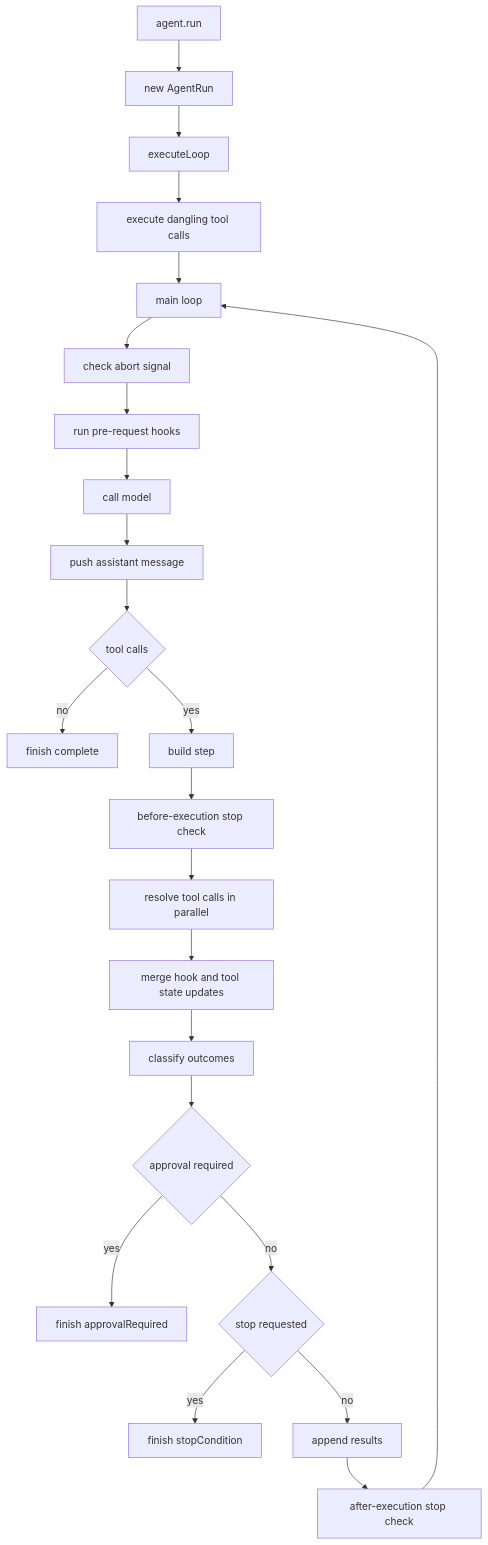
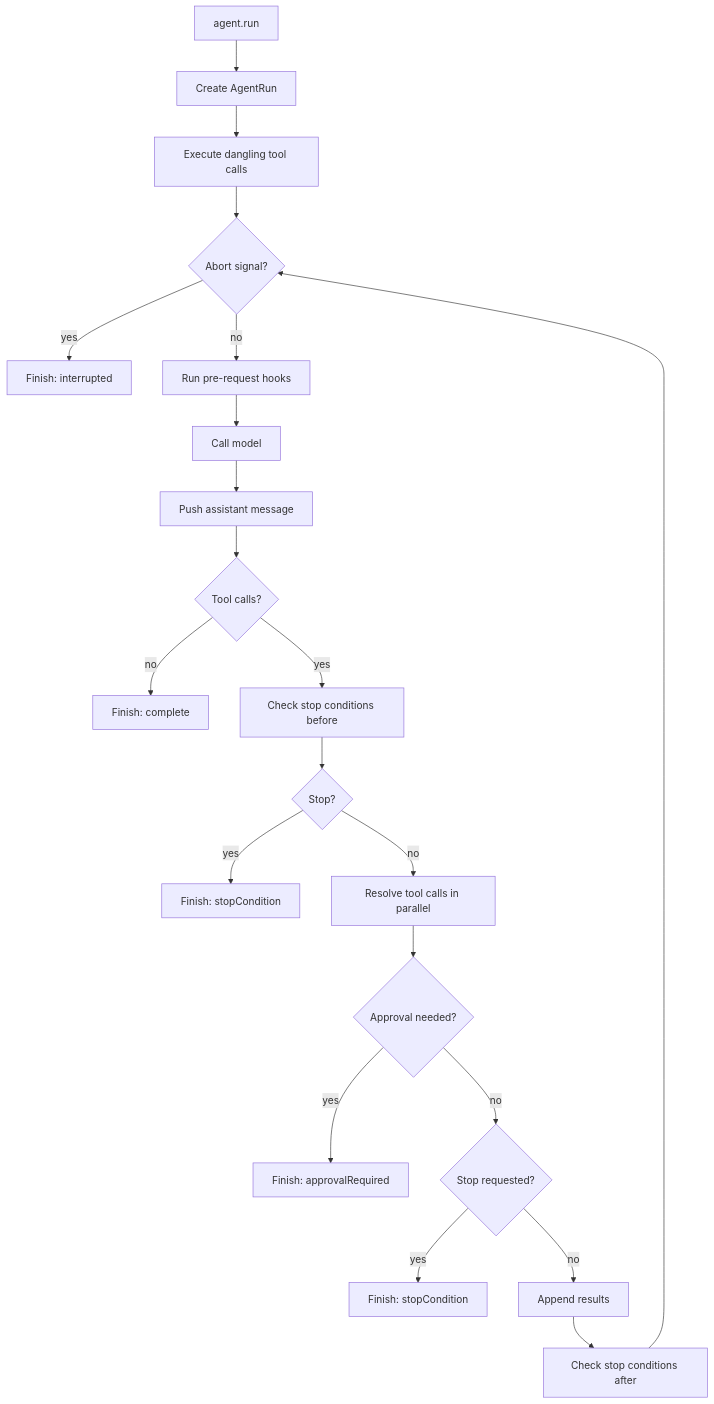
One commit to humanlayer/agentlayer changed the first of 2 diagrams in packages/docs/content/introduction/architecture.md. Above: the diagram before and after it, drawn with Mermaid. The commit also changed other lines of this file and 29 other files, not shown here.

````diff
--- a/packages/docs/content/introduction/architecture.md
+++ b/packages/docs/content/introduction/architecture.md
@@ -14,25 +14,23 @@
 ```mermaid
 flowchart TD
-  A["agent.run"] --> B["new AgentRun"]
-  B --> C["executeLoop"]
-  C --> D["execute dangling tool calls"]
-  D --> E["main loop"]
-  E --> F["check abort signal"]
-  F --> G["run pre-request hooks"]
-  G --> H["call model"]
-  H --> I["push assistant message"]
-  I --> J{"tool calls"}
-  J -- "no" --> K["finish complete"]
-  J -- "yes" --> L["build step"]
-  L --> M["before-execution stop check"]
-  M --> N["resolve tool calls in parallel"]
-  N --> O["merge hook and tool state updates"]
-  O --> P["classify outcomes"]
-  P --> Q{"approval required"}
-  Q -- "yes" --> R["finish approvalRequired"]
-  Q -- "no" --> S{"stop requested"}
-  S -- "yes" --> T["finish stopCondition"]
-  S -- "no" --> U["append results"]
-  U --> V["after-execution stop check"]
-  V --> E
+    A[agent.run] --> B[Create AgentRun]
+    B --> C[Execute dangling tool calls]
+    C --> D{Abort signal?}
+    D -- yes --> E[Finish: interrupted]
+    D -- no --> F[Run pre-request hooks]
+    F --> G[Call model]
+    G --> H[Push assistant message]
+    H --> I{Tool calls?}
+    I -- no --> J[Finish: complete]
+    I -- yes --> K[Check stop conditions before]
+    K --> L{Stop?}
+    L -- yes --> M[Finish: stopCondition]
+    L -- no --> N[Resolve tool calls in parallel]
+    N --> O{Approval needed?}
+    O -- yes --> P[Finish: approvalRequired]
+    O -- no --> Q{Stop requested?}
+    Q -- yes --> R[Finish: stopCondition]
+    Q -- no --> S[Append results]
+    S --> T[Check stop conditions after]
+    T --> D
 ```
````
